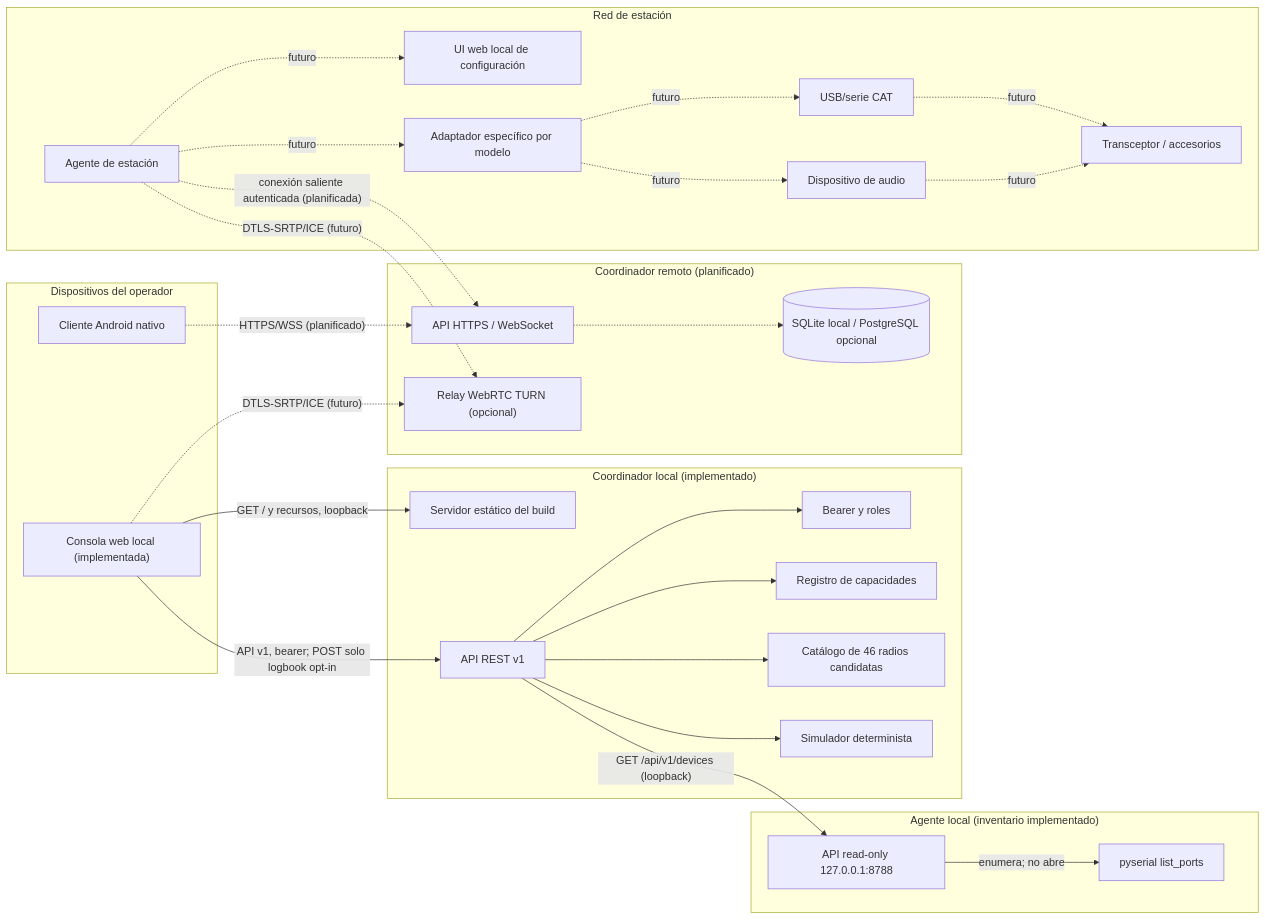
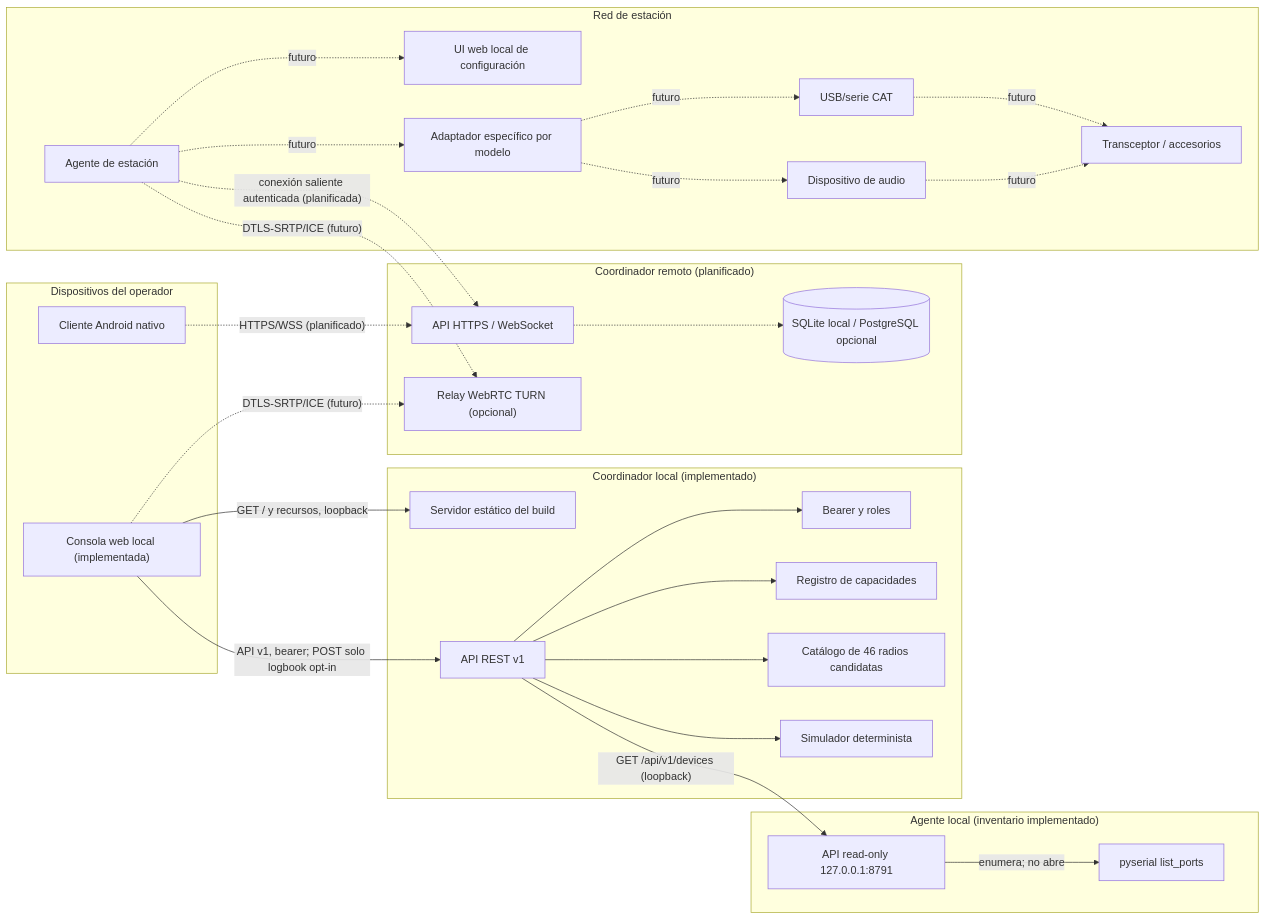
The first of 5 diagrams in remote-station/docs/mapas.md (Brico-Hams/Radio-Web-install), drawn with Mermaid before and after one commit. The commit also changed 140 other files, not shown here.

````diff
--- a/remote-station/docs/mapas.md
+++ b/remote-station/docs/mapas.md
@@ -10,56 +10,56 @@
 ```mermaid
 flowchart LR
   subgraph Operador["Dispositivos del operador"]
     Web["Consola web local (implementada)"]
     Android["Cliente Android nativo"]
   end
 
   subgraph Local["Coordinador local (implementado)"]
     Static["Servidor estático del build"]
     LocalAPI["API REST v1"]
     Auth["Bearer y roles"]
     Registry["Registro de capacidades"]
     Candidates["Catálogo de 46 radios candidatas"]
     Simulator["Simulador determinista"]
   end
 
   subgraph Station["Agente local (inventario implementado)"]
-    AgentAPI["API read-only 127.0.0.1:8788"]
+    AgentAPI["API read-only 127.0.0.1:8791"]
     Ports["pyserial list_ports"]
   end
 
   subgraph Cloud["Coordinador remoto (planificado)"]
     RemoteAPI["API HTTPS / WebSocket"]
     DB[("SQLite local / PostgreSQL opcional")]
     Relay["Relay WebRTC TURN (opcional)"]
   end
 
   subgraph Shack["Red de estación"]
     Agent["Agente de estación"]
     LocalUI["UI web local de configuración"]
     Driver["Adaptador específico por modelo"]
     CAT["USB/serie CAT"]
     Audio["Dispositivo de audio"]
     Radio["Transceptor / accesorios"]
   end
 
   Web -->|"GET / y recursos, loopback"| Static
   Web -->|"API v1, bearer; POST solo logbook opt-in"| LocalAPI
   LocalAPI --> Auth
   LocalAPI --> Registry
   LocalAPI --> Candidates
   LocalAPI --> Simulator
   LocalAPI -->|"GET /api/v1/devices (loopback)"| AgentAPI
   AgentAPI -->|"enumera; no abre"| Ports
   Android -. "HTTPS/WSS (planificado)" .-> RemoteAPI
   RemoteAPI -.-> DB
   Agent -. "conexión saliente autenticada (planificada)" .-> RemoteAPI
   Agent -. "futuro" .-> LocalUI
   Agent -. "futuro" .-> Driver
   Driver -. "futuro" .-> CAT
   Driver -. "futuro" .-> Audio
   CAT -. "futuro" .-> Radio
   Audio -. "futuro" .-> Radio
   Web -. "DTLS-SRTP/ICE (futuro)" .-> Relay
   Agent -. "DTLS-SRTP/ICE (futuro)" .-> Relay
 ```
````
